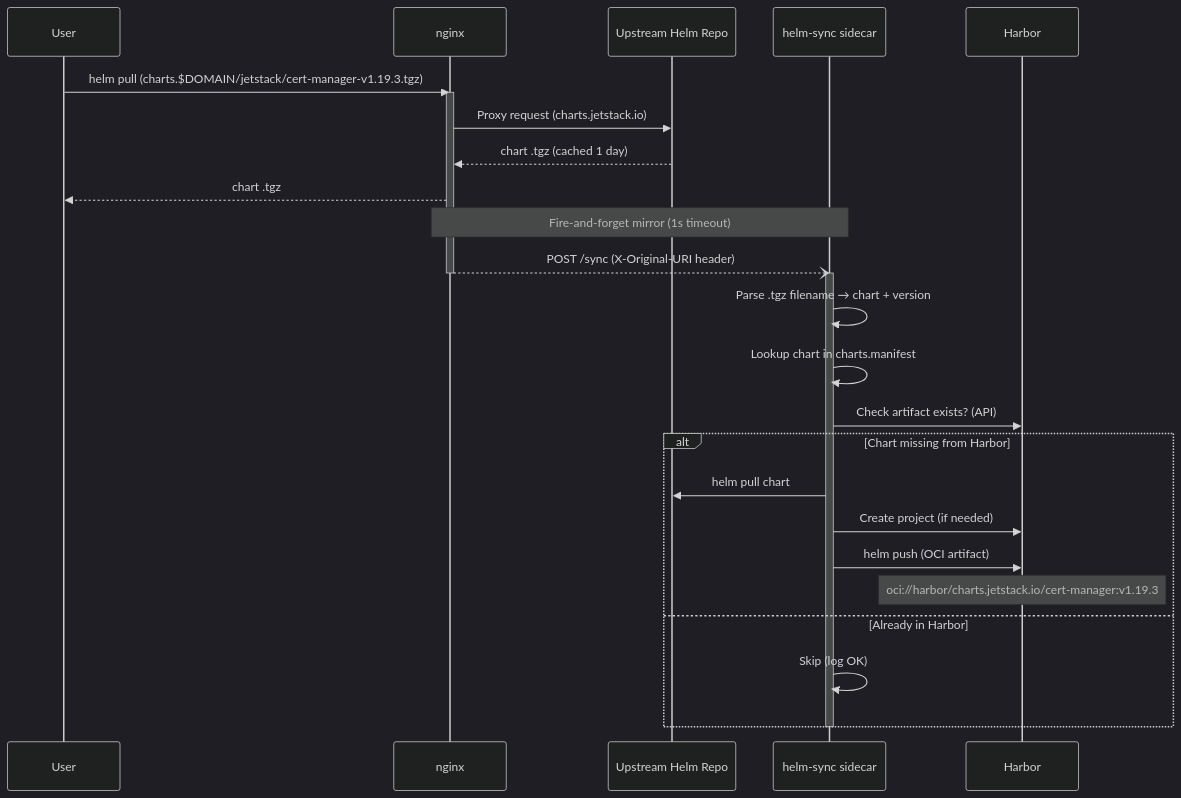
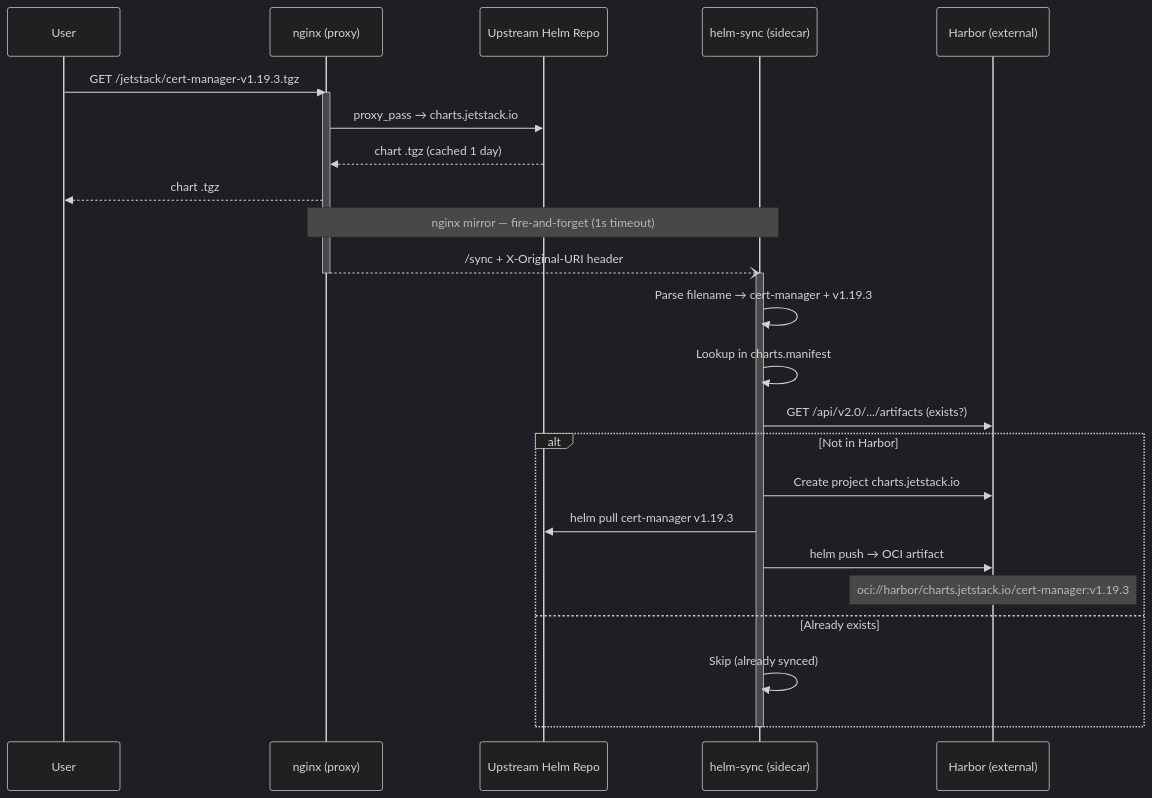
Before and after one commit to derhornspieler/harvester-helm-harbor-sync: the fourth of 6 diagrams in README.md, drawn with Mermaid (dark theme). The commit also changed other lines of this file, not shown here.

First line of the commit message:
docs: rewrite mermaid diagrams for both deployment models

````diff
--- a/README.md
+++ b/README.md
@@ -31,32 +116,32 @@
 ```mermaid
 sequenceDiagram
     participant User
-    participant nginx
+    participant Proxy as nginx (proxy)
     participant Upstream as Upstream Helm Repo
-    participant Sidecar as helm-sync sidecar
-    participant Harbor
+    participant Sidecar as helm-sync (sidecar)
+    participant Harbor as Harbor (external)
 
-    User->>nginx: helm pull (charts.$DOMAIN/jetstack/cert-manager-v1.19.3.tgz)
-    activate nginx
-    nginx->>Upstream: Proxy request (charts.jetstack.io)
-    Upstream-->>nginx: chart .tgz (cached 1 day)
-    nginx-->>User: chart .tgz
+    User->>Proxy: GET /jetstack/cert-manager-v1.19.3.tgz
+    activate Proxy
+    Proxy->>Upstream: proxy_pass → charts.jetstack.io
+    Upstream-->>Proxy: chart .tgz (cached 1 day)
+    Proxy-->>User: chart .tgz
 
-    Note over nginx,Sidecar: Fire-and-forget mirror (1s timeout)
-    nginx--)Sidecar: POST /sync (X-Original-URI header)
-    deactivate nginx
+    Note over Proxy,Sidecar: nginx mirror — fire-and-forget (1s timeout)
+    Proxy--)Sidecar: /sync + X-Original-URI header
+    deactivate Proxy
 
     activate Sidecar
-    Sidecar->>Sidecar: Parse .tgz filename → chart + version
-    Sidecar->>Sidecar: Lookup chart in charts.manifest
-    Sidecar->>Harbor: Check artifact exists? (API)
-    alt Chart missing from Harbor
-        Sidecar->>Upstream: helm pull chart
-        Sidecar->>Harbor: Create project (if needed)
-        Sidecar->>Harbor: helm push (OCI artifact)
+    Sidecar->>Sidecar: Parse filename → cert-manager + v1.19.3
+    Sidecar->>Sidecar: Lookup in charts.manifest
+    Sidecar->>Harbor: GET /api/v2.0/.../artifacts (exists?)
+    alt Not in Harbor
+        Sidecar->>Harbor: Create project charts.jetstack.io
+        Sidecar->>Upstream: helm pull cert-manager v1.19.3
+        Sidecar->>Harbor: helm push → OCI artifact
         Note over Harbor: oci://harbor/charts.jetstack.io/cert-manager:v1.19.3
-    else Already in Harbor
-        Sidecar->>Sidecar: Skip (log OK)
+    else Already exists
+        Sidecar->>Sidecar: Skip (already synced)
     end
     deactivate Sidecar
 ```
````
